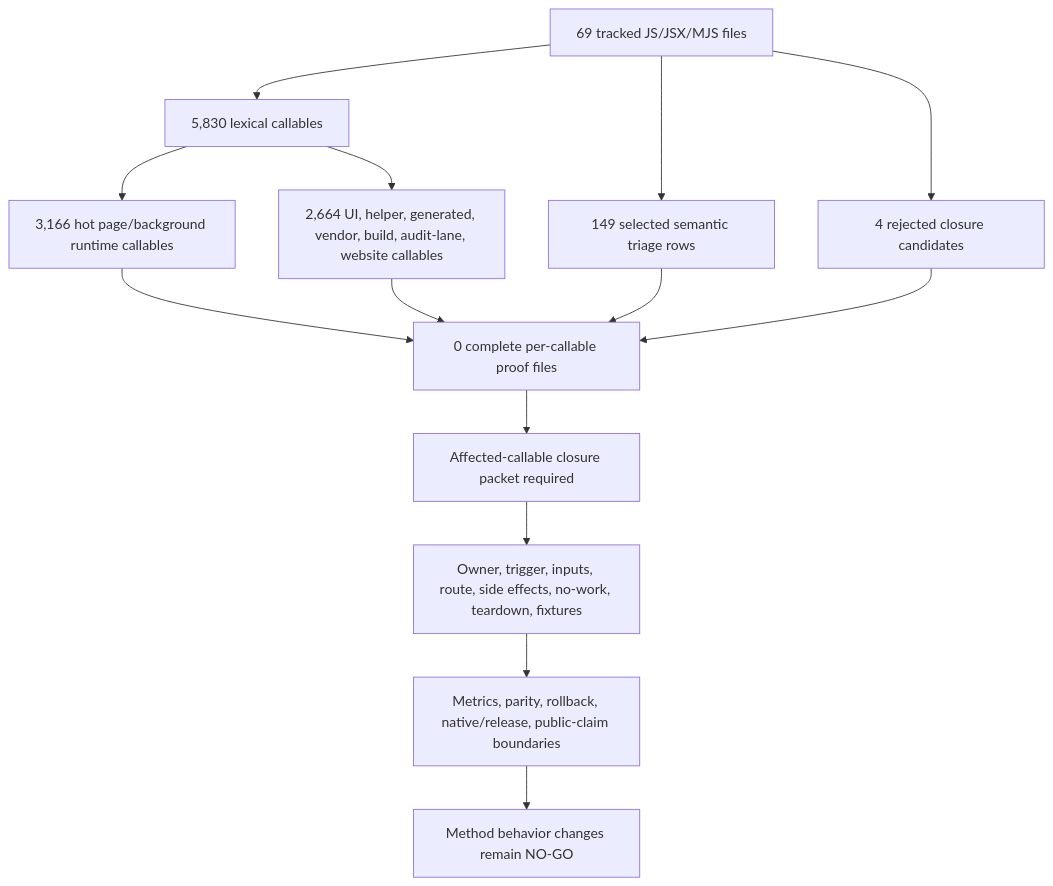
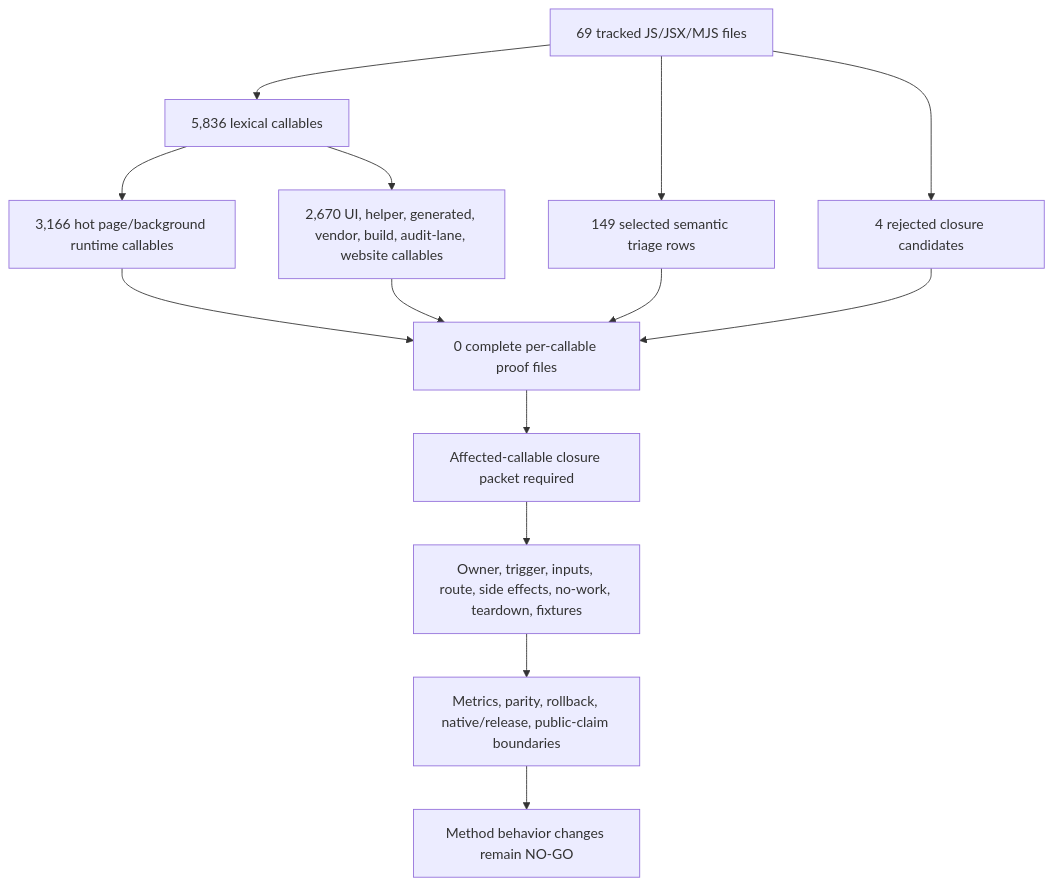
Before and after one commit to varshneydevansh/FilterTube: the first of 2 diagrams in docs/audit/FILTERTUBE_METHOD_SEMANTIC_PROOF_GAP_INDEX_CURRENT_BEHAVIOR_2026-05-25.md, drawn with Mermaid. The commit also changed other lines of this file and 616 other files, not shown here.

````diff
--- a/docs/audit/FILTERTUBE_METHOD_SEMANTIC_PROOF_GAP_INDEX_CURRENT_BEHAVIOR_2026-05-25.md
+++ b/docs/audit/FILTERTUBE_METHOD_SEMANTIC_PROOF_GAP_INDEX_CURRENT_BEHAVIOR_2026-05-25.md
@@ -130,16 +130,16 @@
 ```mermaid
 flowchart TD
-  A["69 tracked JS/JSX/MJS files"] --> B["5,830 lexical callables"]
+  A["69 tracked JS/JSX/MJS files"] --> B["5,836 lexical callables"]
   B --> C["3,166 hot page/background runtime callables"]
-  B --> D["2,664 UI, helper, generated, vendor, build, audit-lane, website callables"]
+  B --> D["2,670 UI, helper, generated, vendor, build, audit-lane, website callables"]
   A --> E["149 selected semantic triage rows"]
   A --> F["4 rejected closure candidates"]
   C --> G["0 complete per-callable proof files"]
   D --> G
   E --> G
   F --> G
   G --> H["Affected-callable closure packet required"]
   H --> I["Owner, trigger, inputs, route, side effects, no-work, teardown, fixtures"]
   I --> J["Metrics, parity, rollback, native/release, public-claim boundaries"]
   J --> K["Method behavior changes remain NO-GO"]
 ```
````
